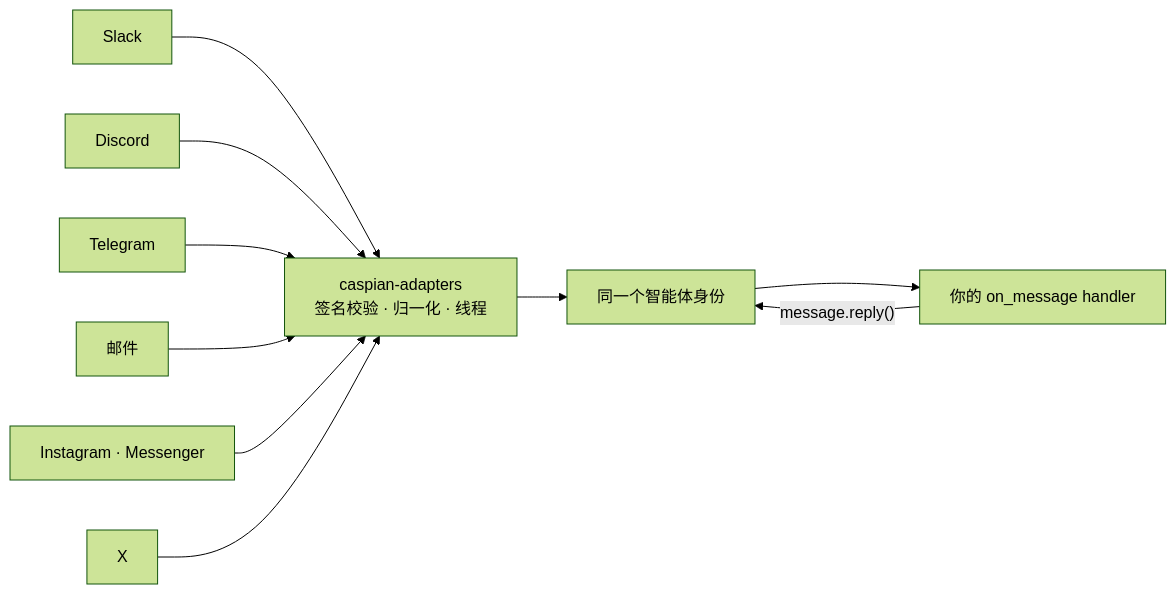
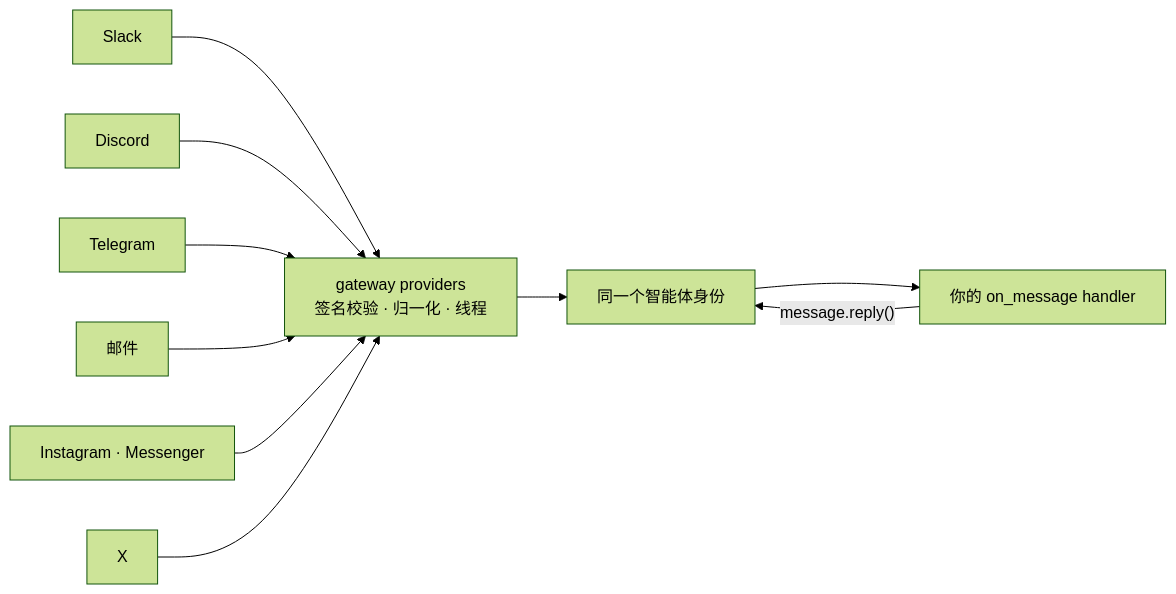
The diagram in README.zh-CN.md (TryCaspian/caspian-sdk), drawn with Mermaid (forest theme) before and after one commit. The commit also changed other lines of this file and 155 other files, not shown here.

````diff
--- a/README.zh-CN.md
+++ b/README.zh-CN.md
@@ -146,12 +146,12 @@
 ```mermaid
 flowchart LR
     S[Slack] --> A
     D[Discord] --> A
     T[Telegram] --> A
     E[邮件] --> A
     M[Instagram · Messenger] --> A
     X[X] --> A
-    A["caspian-adapters<br/>签名校验 · 归一化 · 线程"] --> I["同一个智能体身份"]
+    A["gateway providers<br/>签名校验 · 归一化 · 线程"] --> I["同一个智能体身份"]
     I --> H["你的 on_message handler"]
     H -->|"message.reply()"| I
 ```
````
